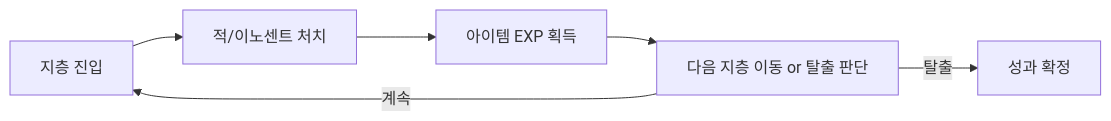
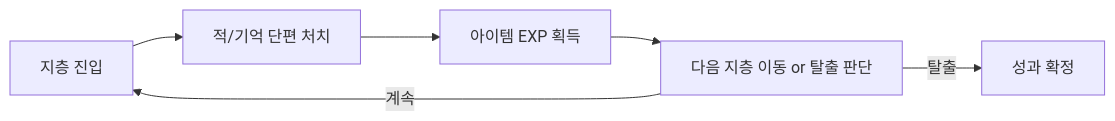
One commit to Biskraft/ProjectAbyss changed the third of 4 diagrams in Documents/Design/Design_CoreLoop_Circulation.md. Above: the diagram before and after it, drawn with Mermaid. The commit also changed other lines of this file and 197 other files, not shown here.

````diff
--- a/Documents/Design/Design_CoreLoop_Circulation.md
+++ b/Documents/Design/Design_CoreLoop_Circulation.md
@@ -131,8 +131,8 @@
 ```mermaid
 graph LR
-    I1["지층 진입"] --> I2["적/이노센트 처치"]
+    I1["지층 진입"] --> I2["적/기억 단편 처치"]
     I2 --> I3["아이템 EXP 획득"]
     I3 --> I4["다음 지층 이동 or 탈출 판단"]
     I4 -->|계속| I1
     I4 -->|탈출| I5["성과 확정"]
 ```
````
